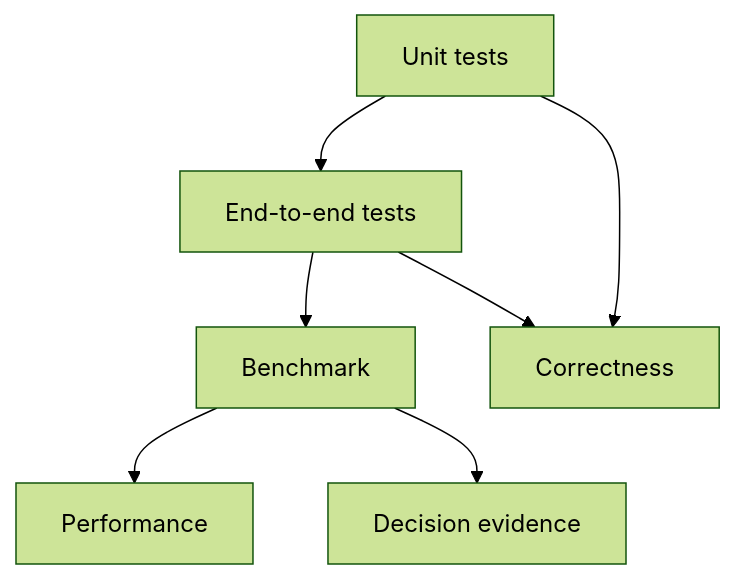
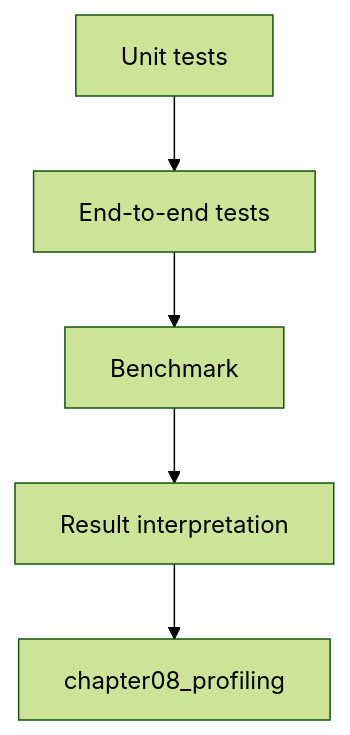
Before and after one commit to lynnyulinlin-debug/cpp-llm-engine: the diagram in source/chapter07_benchmark/intro.md, drawn with Mermaid (forest theme). The commit also changed other lines of this file and 18 other files, not shown here.

````diff
--- a/source/chapter07_benchmark/intro.md
+++ b/source/chapter07_benchmark/intro.md
@@ -65,10 +9,7 @@
 ```mermaid
 flowchart TD
     Unit[Unit tests] --> E2E[End-to-end tests]
     E2E --> Bench[Benchmark]
-
-    Unit --> Correctness[Correctness]
-    E2E --> Correctness
-    Bench --> Performance[Performance]
-    Bench --> Evidence[Decision evidence]
+    Bench --> Interpret[Result interpretation]
+    Interpret --> Profile[chapter08_profiling]
 ```
````
